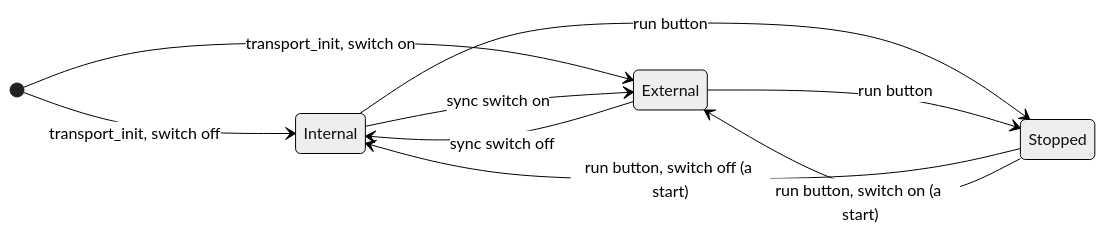
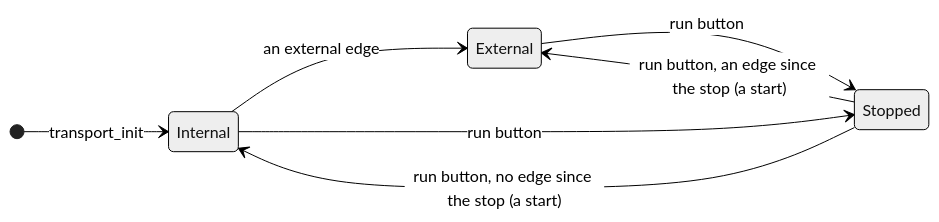
The eighth of 29 diagrams in docs/ARCHITECTURE.md (BonelessPig/nano_sequencer), drawn with Mermaid (neutral theme) before and after one commit. The commit also changed other lines of this file and 3 other files, not shown here.

````diff
--- a/docs/ARCHITECTURE.md
+++ b/docs/ARCHITECTURE.md
@@ -493,12 +505,10 @@
 ```mermaid
 stateDiagram-v2
     direction LR
-    [*] --> Internal: transport_init, switch off
-    [*] --> External: transport_init, switch on
-    Internal --> External: sync switch on
-    External --> Internal: sync switch off
+    [*] --> Internal: transport_init
+    Internal --> External: an external edge
     Internal --> Stopped: run button
     External --> Stopped: run button
-    Stopped --> Internal: run button, switch off (a start)
-    Stopped --> External: run button, switch on (a start)
+    Stopped --> Internal: run button, no edge since the stop (a start)
+    Stopped --> External: run button, an edge since the stop (a start)
 ```
````
